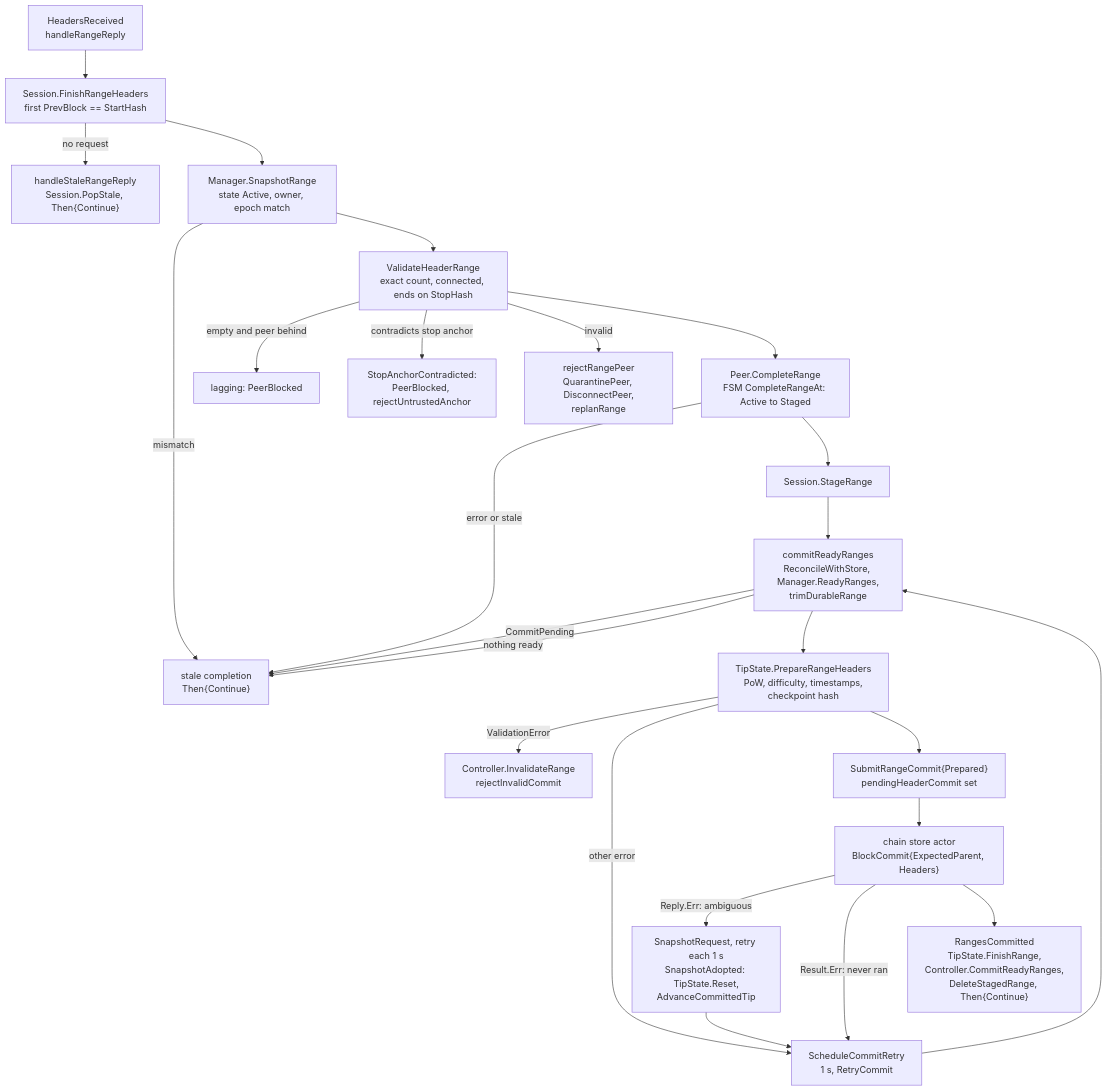
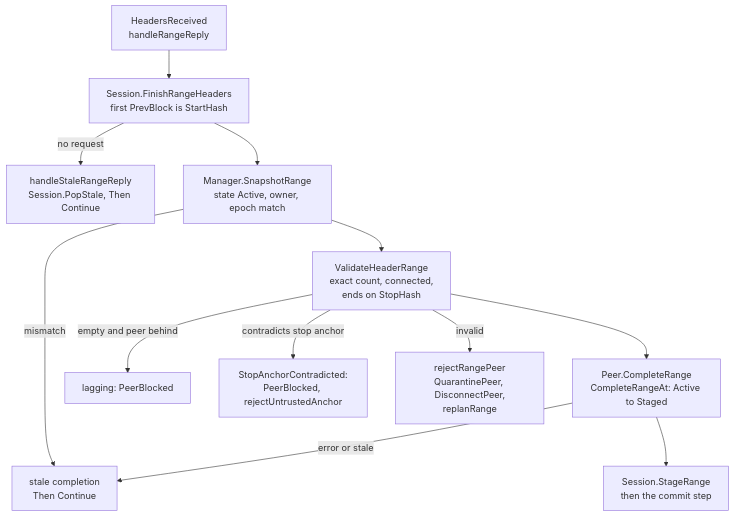
The seventh of 9 diagrams in docs/headersync-architecture.md (lightninglabs/neutrino), drawn with Mermaid before and after one commit. The commit also changed other lines of this file and 1 other file, not shown here.

Commit message:
docs: split the two oversized sync diagrams
In this commit, we split the headersync range-reply-to-commit flowchart
(19 nodes) into the reply half and the commit half, and fold the
headersync internals in the overview's component map (19 nodes) into one
node that links to the headersync document. GitHub rendered both at a
size that couldn't be read, and didn't always render them at all.

````diff
--- a/docs/headersync-architecture.md
+++ b/docs/headersync-architecture.md
@@ -526,45 +528,26 @@
 ```mermaid
 flowchart TB
     recv["HeadersReceived<br/>handleRangeReply"]
-    match["Session.FinishRangeHeaders<br/>first PrevBlock == StartHash"]
-    stalerep["handleStaleRangeReply<br/>Session.PopStale, Then{Continue}"]
+    match["Session.FinishRangeHeaders<br/>first PrevBlock is StartHash"]
+    stalerep["handleStaleRangeReply<br/>Session.PopStale, Then Continue"]
     snap["Manager.SnapshotRange<br/>state Active, owner, epoch match"]
-    stalec["stale completion<br/>Then{Continue}"]
-    val["ValidateHeaderRange<br/>exact count, connected, ends on StopHash"]
+    stalec["stale completion<br/>Then Continue"]
+    val["ValidateHeaderRange<br/>exact count, connected,<br/>ends on StopHash"]
     lag["lagging: PeerBlocked"]
     contra["StopAnchorContradicted:<br/>PeerBlocked, rejectUntrustedAnchor"]
     bad["rejectRangePeer<br/>QuarantinePeer, DisconnectPeer,<br/>replanRange"]
-    complete["Peer.CompleteRange<br/>FSM CompleteRangeAt: Active to Staged"]
-    stage["Session.StageRange"]
-    ready["commitReadyRanges<br/>ReconcileWithStore, Manager.ReadyRanges,<br/>trimDurableRange"]
-    prep["TipState.PrepareRangeHeaders<br/>PoW, difficulty, timestamps,<br/>checkpoint hash"]
-    submit["SubmitRangeCommit{Prepared}<br/>pendingHeaderCommit set"]
-    inval["Controller.InvalidateRange<br/>rejectInvalidCommit"]
-    retry["ScheduleCommitRetry<br/>1 s, RetryCommit"]
-    store["chain store actor<br/>BlockCommit{ExpectedParent, Headers}"]
-    snapshot["SnapshotRequest, retry each 1 s<br/>SnapshotAdopted: TipState.Reset,<br/>AdvanceCommittedTip"]
-    landed["RangesCommitted<br/>TipState.FinishRange,<br/>Controller.CommitReadyRanges,<br/>DeleteStagedRange, Then{Continue}"]
+    complete["Peer.CompleteRange<br/>CompleteRangeAt: Active to Staged"]
+    stage["Session.StageRange<br/>then the commit step"]
 
     recv --> match
     match -- "no request" --> stalerep
     match --> snap
     snap -- "mismatch" --> stalec
     snap --> val
     val -- "empty and peer behind" --> lag
     val -- "contradicts stop anchor" --> contra
     val -- "invalid" --> bad
     val --> complete
     complete -- "error or stale" --> stalec
-    complete --> stage --> ready
-    ready -- "CommitPending" --> stalec
-    ready -- "nothing ready" --> stalec
-    ready --> prep
-    prep -- "ValidationError" --> inval
-    prep -- "other error" --> retry
-    prep --> submit --> store
-    store -- "Reply.Err: ambiguous" --> snapshot
-    store -- "Result.Err: never ran" --> retry
-    store --> landed
-    retry --> ready
-    snapshot --> retry
+    complete --> stage
 ```
````
